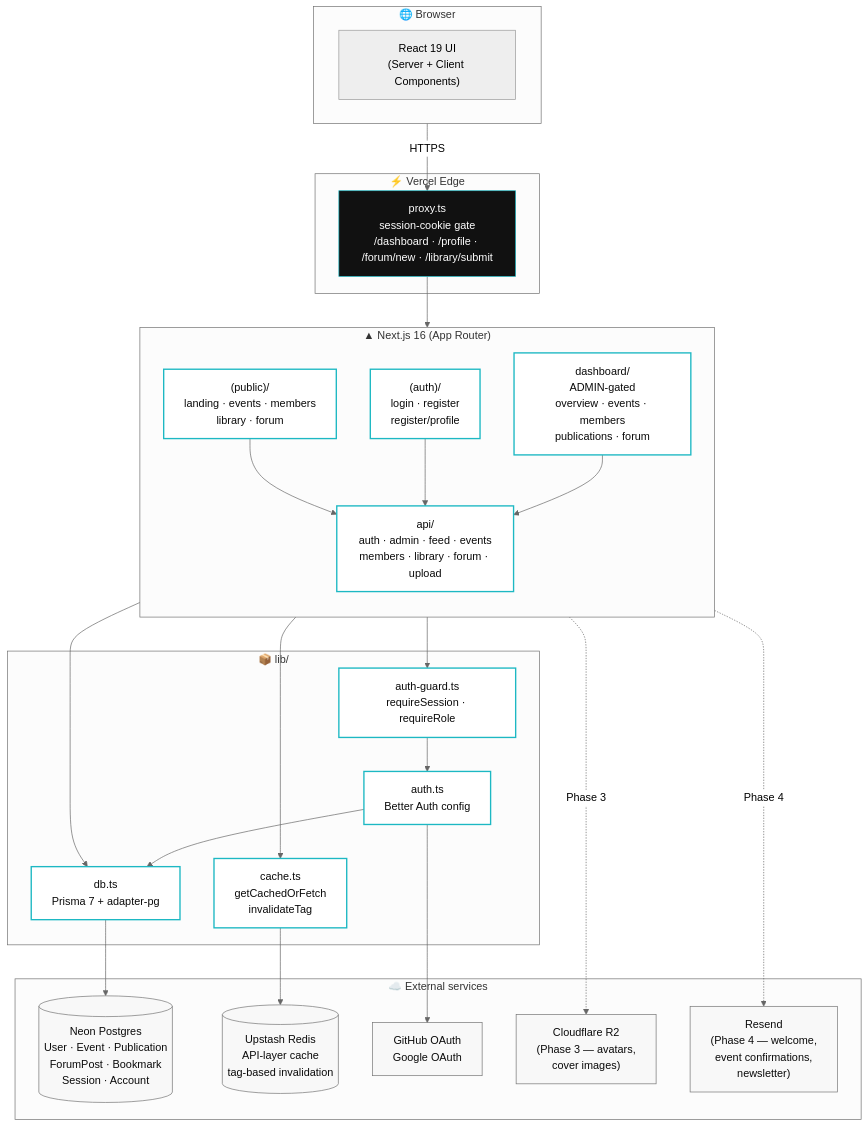
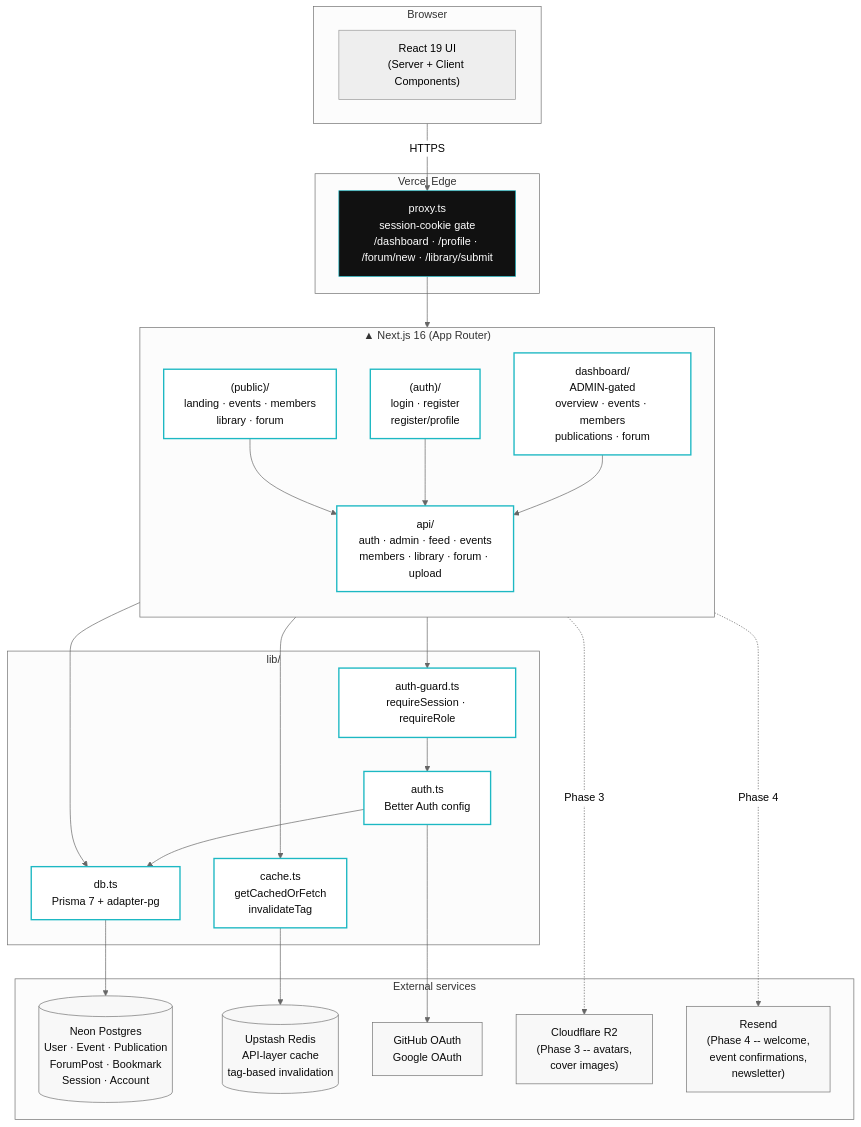
One commit to IshimweIsaac/rjsrw-community changed the diagram in README.md. Above: the diagram before and after it, drawn with Mermaid (neutral theme). The commit also changed other lines of this file, not shown here.

Commit message:
chore: remove emojis and em-dashes from README

````diff
--- a/README.md
+++ b/README.md
@@ -11,56 +11,56 @@
 ```mermaid
 flowchart TB
-    subgraph Browser["🌐 Browser"]
-        UI["React 19 UI<br/>(Server + Client Components)"]
-    end
+ subgraph Browser[" Browser"]
+ UI["React 19 UI<br/>(Server + Client Components)"]
+ end
 
-    subgraph Edge["⚡ Vercel Edge"]
-        Proxy["proxy.ts<br/>session-cookie gate<br/>/dashboard · /profile · /forum/new · /library/submit"]
-    end
+ subgraph Edge[" Vercel Edge"]
+ Proxy["proxy.ts<br/>session-cookie gate<br/>/dashboard · /profile · /forum/new · /library/submit"]
+ end
 
-    subgraph App["▲ Next.js 16 (App Router)"]
-        direction TB
-        PublicRoutes["(public)/<br/>landing · events · members<br/>library · forum"]
-        AuthRoutes["(auth)/<br/>login · register<br/>register/profile"]
-        DashRoutes["dashboard/<br/>ADMIN-gated<br/>overview · events · members<br/>publications · forum"]
-        API["api/<br/>auth · admin · feed · events<br/>members · library · forum · upload"]
-    end
+ subgraph App["▲ Next.js 16 (App Router)"]
+ direction TB
+ PublicRoutes["(public)/<br/>landing · events · members<br/>library · forum"]
+ AuthRoutes["(auth)/<br/>login · register<br/>register/profile"]
+ DashRoutes["dashboard/<br/>ADMIN-gated<br/>overview · events · members<br/>publications · forum"]
+ API["api/<br/>auth · admin · feed · events<br/>members · library · forum · upload"]
+ end
 
-    subgraph Lib["📦 lib/"]
-        AuthLib["auth.ts<br/>Better Auth config"]
-        DbLib["db.ts<br/>Prisma 7 + adapter-pg"]
-        CacheLib["cache.ts<br/>getCachedOrFetch<br/>invalidateTag"]
-        Guard["auth-guard.ts<br/>requireSession · requireRole"]
-    end
+ subgraph Lib[" lib/"]
+ AuthLib["auth.ts<br/>Better Auth config"]
+ DbLib["db.ts<br/>Prisma 7 + adapter-pg"]
+ CacheLib["cache.ts<br/>getCachedOrFetch<br/>invalidateTag"]
+ Guard["auth-guard.ts<br/>requireSession · requireRole"]
+ end
 
-    subgraph External["☁️ External services"]
-        Neon[("Neon Postgres<br/>User · Event · Publication<br/>ForumPost · Bookmark<br/>Session · Account")]
-        Redis[("Upstash Redis<br/>API-layer cache<br/>tag-based invalidation")]
-        OAuth["GitHub OAuth<br/>Google OAuth"]
-        R2["Cloudflare R2<br/>(Phase 3 — avatars,<br/>cover images)"]
-        Resend["Resend<br/>(Phase 4 — welcome,<br/>event confirmations,<br/>newsletter)"]
-    end
+ subgraph External[" External services"]
+ Neon[("Neon Postgres<br/>User · Event · Publication<br/>ForumPost · Bookmark<br/>Session · Account")]
+ Redis[("Upstash Redis<br/>API-layer cache<br/>tag-based invalidation")]
+ OAuth["GitHub OAuth<br/>Google OAuth"]
+ R2["Cloudflare R2<br/>(Phase 3 -- avatars,<br/>cover images)"]
+ Resend["Resend<br/>(Phase 4 -- welcome,<br/>event confirmations,<br/>newsletter)"]
+ end
 
-    Browser -->|HTTPS| Proxy
-    Proxy --> App
-    PublicRoutes --> API
-    AuthRoutes --> API
-    DashRoutes --> API
-    API --> Guard
-    Guard --> AuthLib
-    API --> CacheLib
-    API --> DbLib
-    AuthLib --> DbLib
-    AuthLib --> OAuth
-    DbLib --> Neon
-    CacheLib --> Redis
-    API -.Phase 3.-> R2
-    API -.Phase 4.-> Resend
+ Browser -->|HTTPS| Proxy
+ Proxy --> App
+ PublicRoutes --> API
+ AuthRoutes --> API
+ DashRoutes --> API
+ API --> Guard
+ Guard --> AuthLib
+ API --> CacheLib
+ API --> DbLib
+ AuthLib --> DbLib
+ AuthLib --> OAuth
+ DbLib --> Neon
+ CacheLib --> Redis
+ API -.Phase 3.-> R2
+ API -.Phase 4.-> Resend
 
-    classDef external fill:#f8f8f8,stroke:#737373,color:#0a0a0a
-    classDef app fill:#fff,stroke:#1DB8C3,stroke-width:2px,color:#0a0a0a
-    classDef edge fill:#111,stroke:#1DB8C3,color:#fff
-    class Neon,Redis,OAuth,R2,Resend external
-    class PublicRoutes,AuthRoutes,DashRoutes,API,AuthLib,DbLib,CacheLib,Guard app
-    class Proxy edge
+ classDef external fill:#f8f8f8,stroke:#737373,color:#0a0a0a
+ classDef app fill:#fff,stroke:#1DB8C3,stroke-width:2px,color:#0a0a0a
+ classDef edge fill:#111,stroke:#1DB8C3,color:#fff
+ class Neon,Redis,OAuth,R2,Resend external
+ class PublicRoutes,AuthRoutes,DashRoutes,API,AuthLib,DbLib,CacheLib,Guard app
+ class Proxy edge
 ```
````
